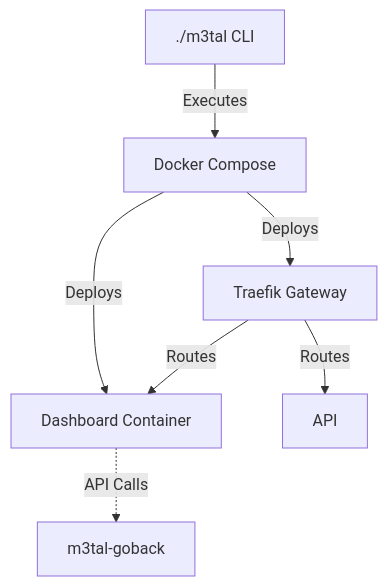
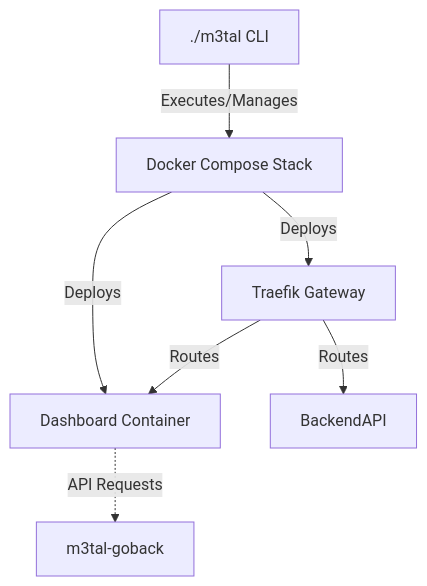
Before and after one commit to jakej985-rgb/M3tal-Media-Server: the diagram in README.md, drawn with Mermaid. The commit also changed other lines of this file and 1 other file, not shown here.

````diff
--- a/README.md
+++ b/README.md
@@ -24,9 +24,9 @@
 ```mermaid
 graph TD
-    CLI[./m3tal CLI] -->|Executes| Compose[Docker Compose]
+    CLI[./m3tal CLI] -->|Executes/Manages| Compose[Docker Compose Stack]
     Compose -->|Deploys| Traefik[Traefik Gateway]
     Compose -->|Deploys| Dash[Dashboard Container]
-    Dash -.->|API Calls| m3tal-goback
+    Dash -.->|API Requests| m3tal-goback
     Traefik -->|Routes| Dash
-    Traefik -->|Routes| API
+    Traefik -->|Routes| BackendAPI
 ```
````
